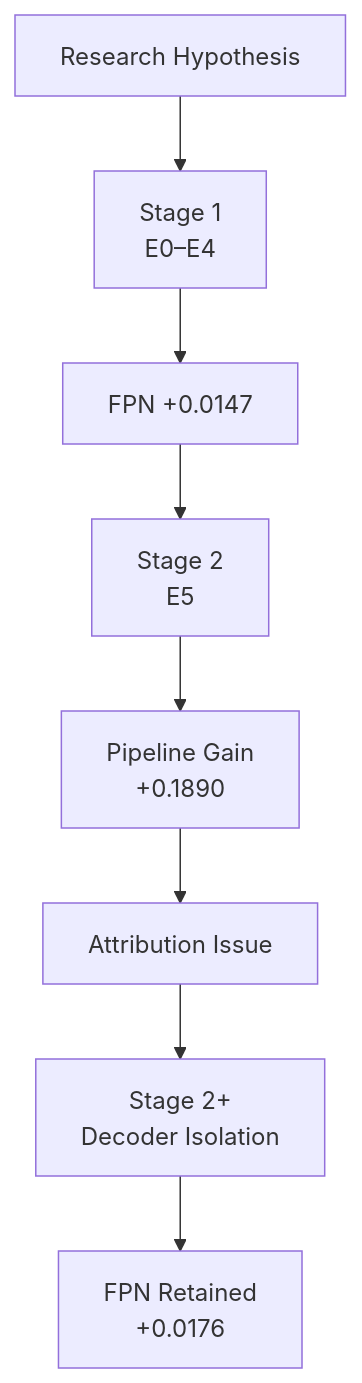
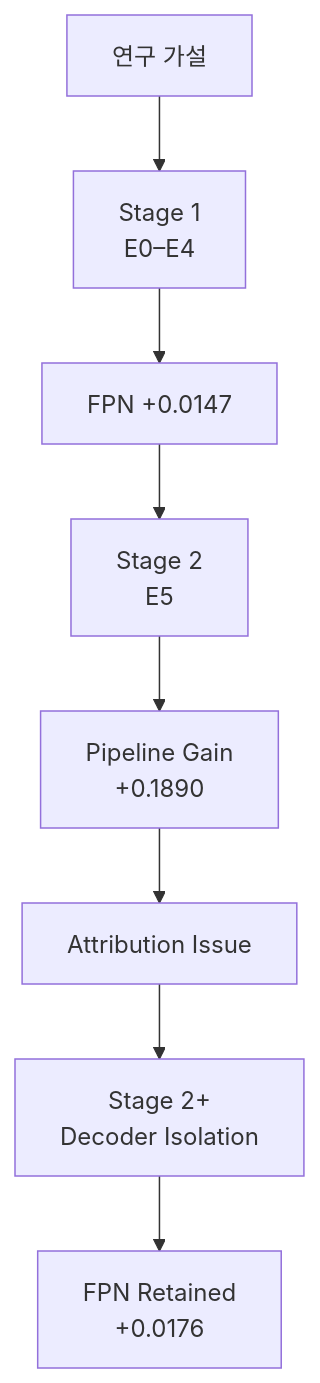
Before and after one commit to iNES-Segmentation-Project/segformer-lab: the diagram in README.md, drawn with Mermaid. The commit also changed other lines of this file, not shown here.

````diff
--- a/README.md
+++ b/README.md
@@ -12,20 +12,13 @@
 ```mermaid
 flowchart TB
-    A["Research Hypothesis"]
-
+    A["연구 가설"]
     B["Stage 1<br/>E0–E4"]
-
     C["FPN +0.0147"]
-
     D["Stage 2<br/>E5"]
-
     E["Pipeline Gain<br/>+0.1890"]
-
     F["Attribution Issue"]
-
     G["Stage 2+<br/>Decoder Isolation"]
-
     H["FPN Retained<br/>+0.0176"]
 
     A --> B --> C --> D --> E --> F --> G --> H
 ```
````
